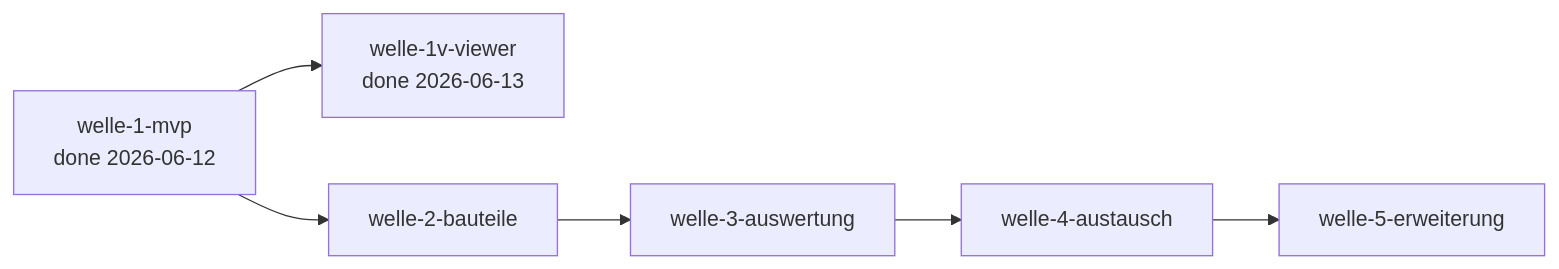
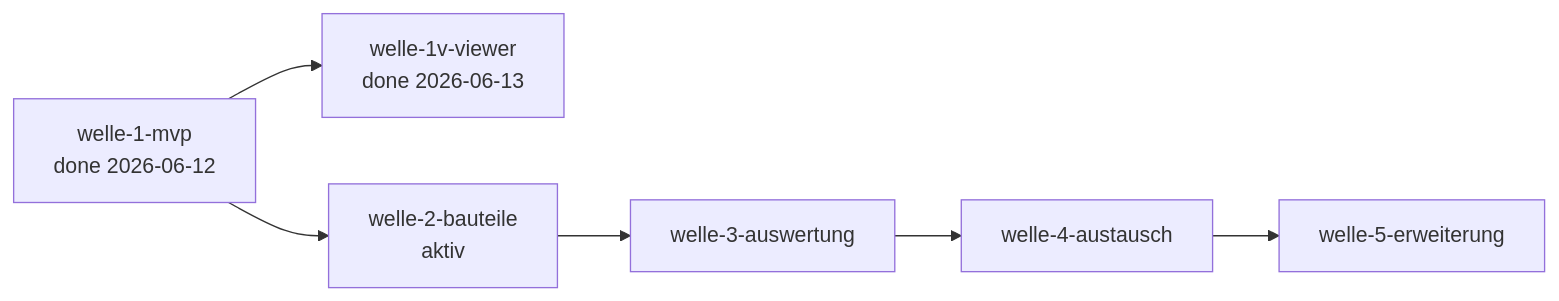
The diagram in docs/plan/planning/in-progress/roadmap.md (pt9912/b-cad), drawn with Mermaid before and after one commit. The commit also changed other lines of this file and 3 other files, not shown here.

First line of the commit message:
docs(plan): welle-2-bauteile starten — Roadmap aktiv + slice-013a-Plan + MR-006-Review (LH-FA-DOR-004, LH-FA-WIN-005, ADR-0002, ADR-0006)

````diff
--- a/docs/plan/planning/in-progress/roadmap.md
+++ b/docs/plan/planning/in-progress/roadmap.md
@@ -42,12 +71,12 @@
 ```mermaid
 flowchart LR
     W1[welle-1-mvp<br/>done 2026-06-12]
     W1V[welle-1v-viewer<br/>done 2026-06-13]
-    W2[welle-2-bauteile]
+    W2[welle-2-bauteile<br/>aktiv]
     W3[welle-3-auswertung]
     W4[welle-4-austausch]
     W5[welle-5-erweiterung]
 
     W1 --> W1V
     W1 --> W2 --> W3 --> W4 --> W5
 ```
````
